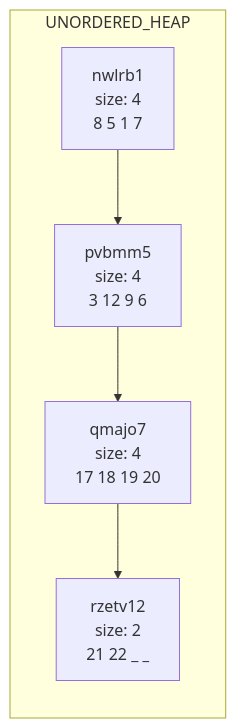
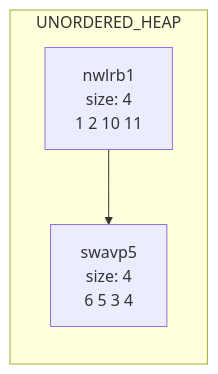
Before and after one commit to princevarshney05/BPTree: the second of 2 diagrams in data/chart.md, drawn with Mermaid. The commit also changed other lines of this file and 1 other file, not shown here.

````diff
--- a/data/chart.md
+++ b/data/chart.md
@@ -25,12 +19,8 @@
 ```mermaid
 graph LR
 subgraph UNORDERED_HEAP
-nwlrb1[nwlrb1<br/>size: 4<br/>8 5 1 7 ]
-pvbmm5[pvbmm5<br/>size: 4<br/>3 12 9 6 ]
-nwlrb1-->pvbmm5
-qmajo7[qmajo7<br/>size: 4<br/>17 18 19 20 ]
-pvbmm5-->qmajo7
-rzetv12[rzetv12<br/>size: 2<br/>21 22 _ _ ]
-qmajo7-->rzetv12
+nwlrb1[nwlrb1<br/>size: 4<br/>1 2 10 11 ]
+swavp5[swavp5<br/>size: 4<br/>6 5 3 4 ]
+nwlrb1-->swavp5
 end
 ```
````
